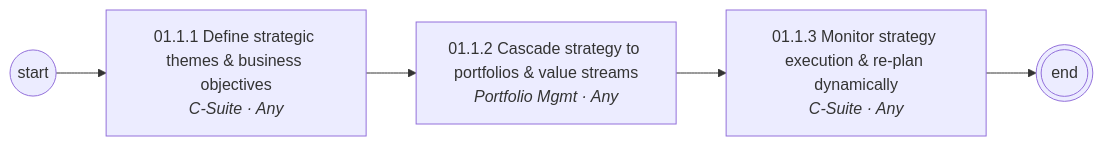
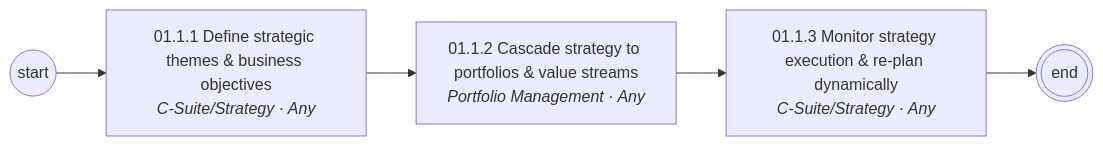
One commit to corbyjames/apptio-process-catalog changed the second of 3 diagrams in diagrams/mermaid/area-01.md. Above: the diagram before and after it, drawn with Mermaid. The commit also changed other lines of this file and 251 other files, not shown here.

````diff
--- a/diagrams/mermaid/area-01.md
+++ b/diagrams/mermaid/area-01.md
@@ -19,11 +19,11 @@
 ```mermaid
 flowchart LR
   S((start))
-  N01_1_1["01.1.1 Define strategic themes & business objectives<br/><i>C-Suite · Any</i>"]
+  N01_1_1["01.1.1 Define strategic themes & business objectives<br/><i>C-Suite/Strategy · Any</i>"]
   S --> N01_1_1
-  N01_1_2["01.1.2 Cascade strategy to portfolios & value streams<br/><i>Portfolio Mgmt · Any</i>"]
+  N01_1_2["01.1.2 Cascade strategy to portfolios & value streams<br/><i>Portfolio Management · Any</i>"]
   N01_1_1 --> N01_1_2
-  N01_1_3["01.1.3 Monitor strategy execution & re-plan dynamically<br/><i>C-Suite · Any</i>"]
+  N01_1_3["01.1.3 Monitor strategy execution & re-plan dynamically<br/><i>C-Suite/Strategy · Any</i>"]
   N01_1_2 --> N01_1_3
   N01_1_3 --> E(((end)))
 ```
````
